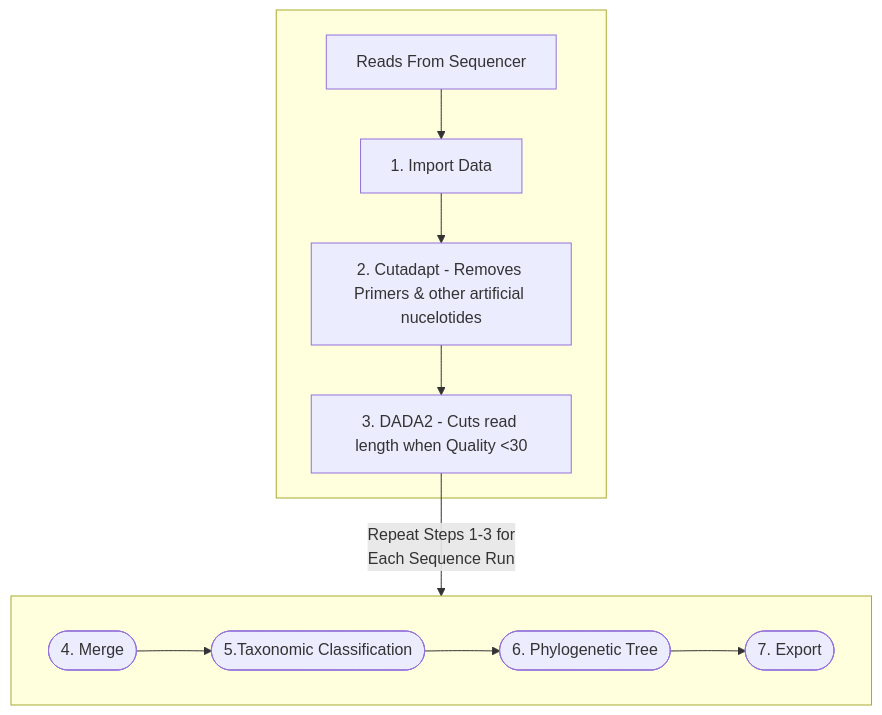
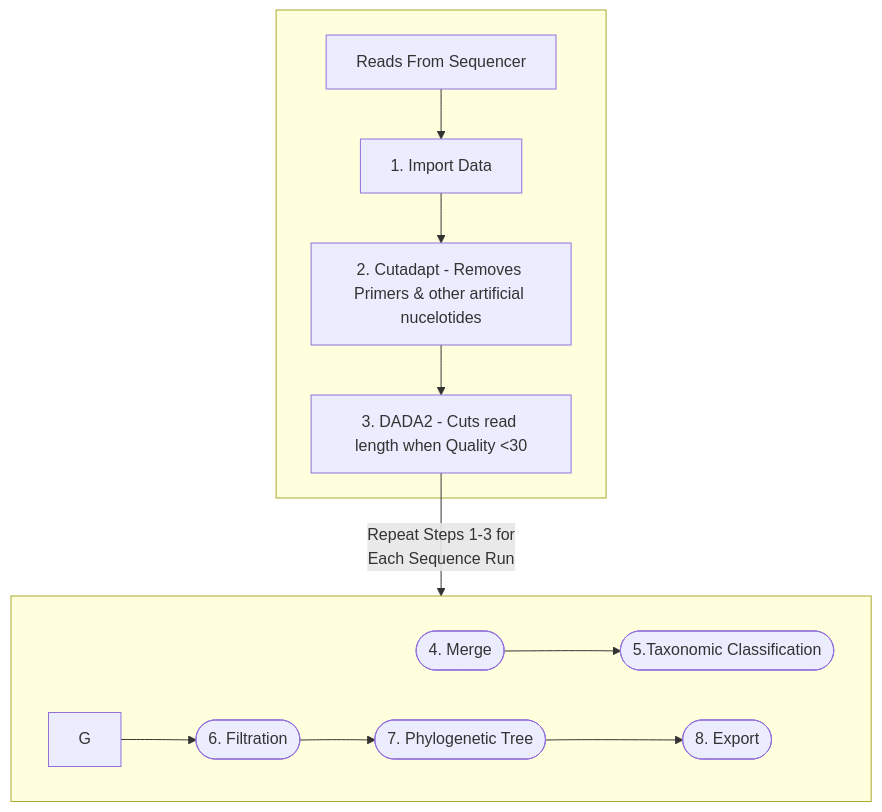
The diagram in Qiime2/Qiime2 Pipeline.md (nmacknight/16s_OfavSCTLD), drawn with Mermaid before and after one commit. The commit also changed other lines of this file, not shown here.

````diff
--- a/Qiime2/Qiime2 Pipeline.md
+++ b/Qiime2/Qiime2 Pipeline.md
@@ -10,16 +10,17 @@
 ```mermaid
 flowchart TD
 	subgraph  
 		A[Reads From Sequencer]-->B[ 1. Import Data];
 		B -->C[2. Cutadapt - Removes Primers & other artificial nucelotides];
 		C-->D[3. DADA2 - Cuts read length when Quality <30];
 	end
 	subgraph  
 		direction LR
 		D--Repeat Steps 1-3 for<br/>Each Sequence Run-->E([4. Merge]);
 		E-->F([5.Taxonomic Classification]);
-		F-->G([6. Phylogenetic Tree]);
-		G-->H([7. Export]);
+		G-->H([6. Filtration]);
+		H-->I([7. Phylogenetic Tree]);
+		I-->J([8. Export]);
 	end
 
 ```
````
